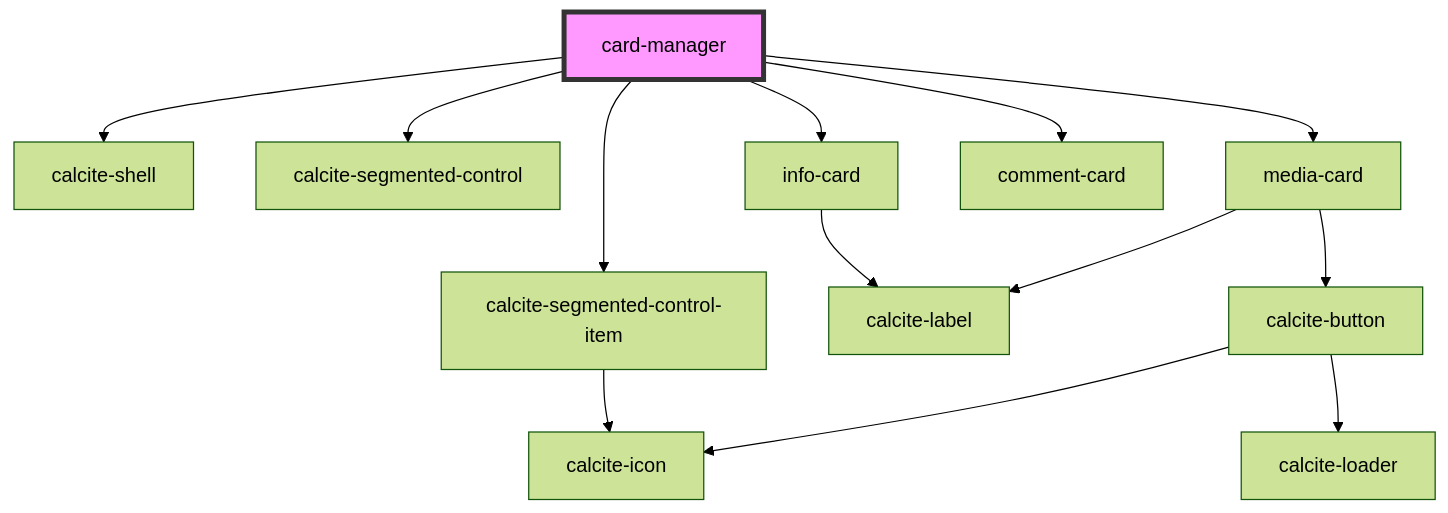
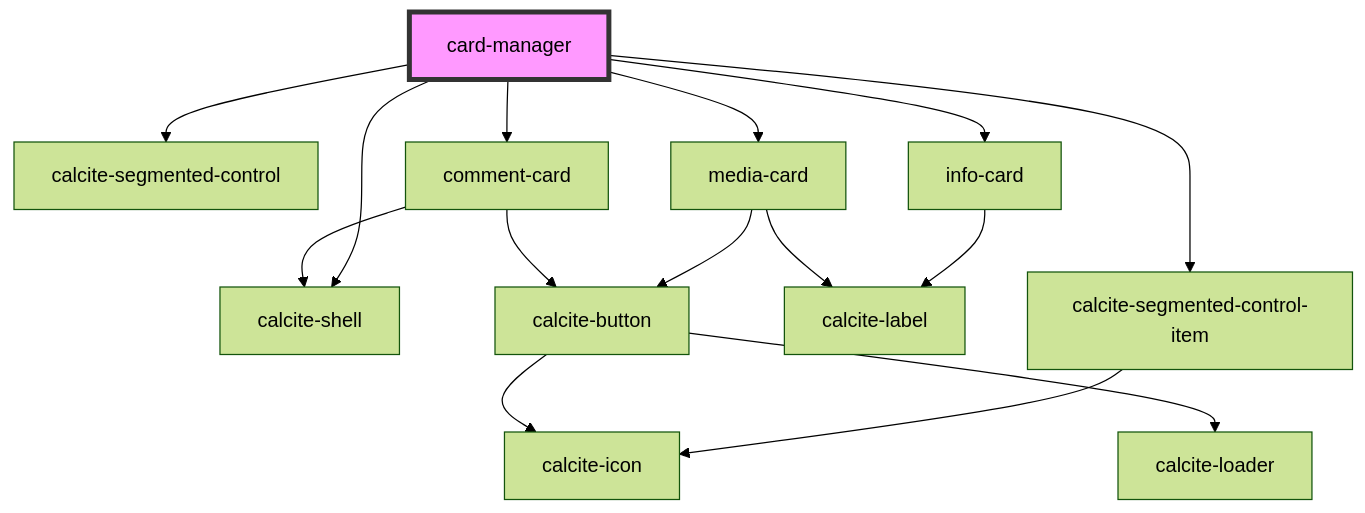
Before and after one commit to Esri/solutions-components: the diagram in src/components/card-manager/readme.md, drawn with Mermaid (forest theme). The commit also changed 5 other files, not shown here.

Commit message:
start comment card

````diff
--- a/src/components/card-manager/readme.md
+++ b/src/components/card-manager/readme.md
@@ -29,16 +29,18 @@
 ```mermaid
 graph TD;
   card-manager --> calcite-shell
   card-manager --> calcite-segmented-control
   card-manager --> calcite-segmented-control-item
   card-manager --> info-card
   card-manager --> media-card
   card-manager --> comment-card
   calcite-segmented-control-item --> calcite-icon
   info-card --> calcite-label
   media-card --> calcite-button
   media-card --> calcite-label
   calcite-button --> calcite-loader
   calcite-button --> calcite-icon
+  comment-card --> calcite-shell
+  comment-card --> calcite-button
   style card-manager fill:#f9f,stroke:#333,stroke-width:4px
 ```
````
